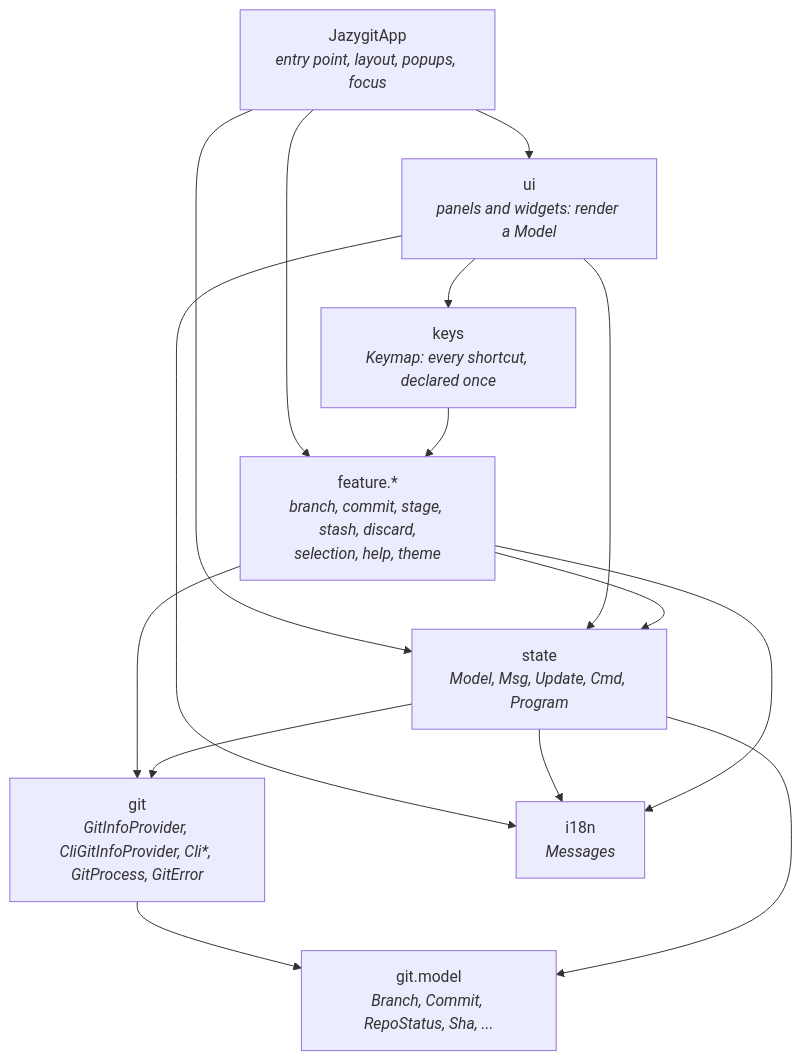
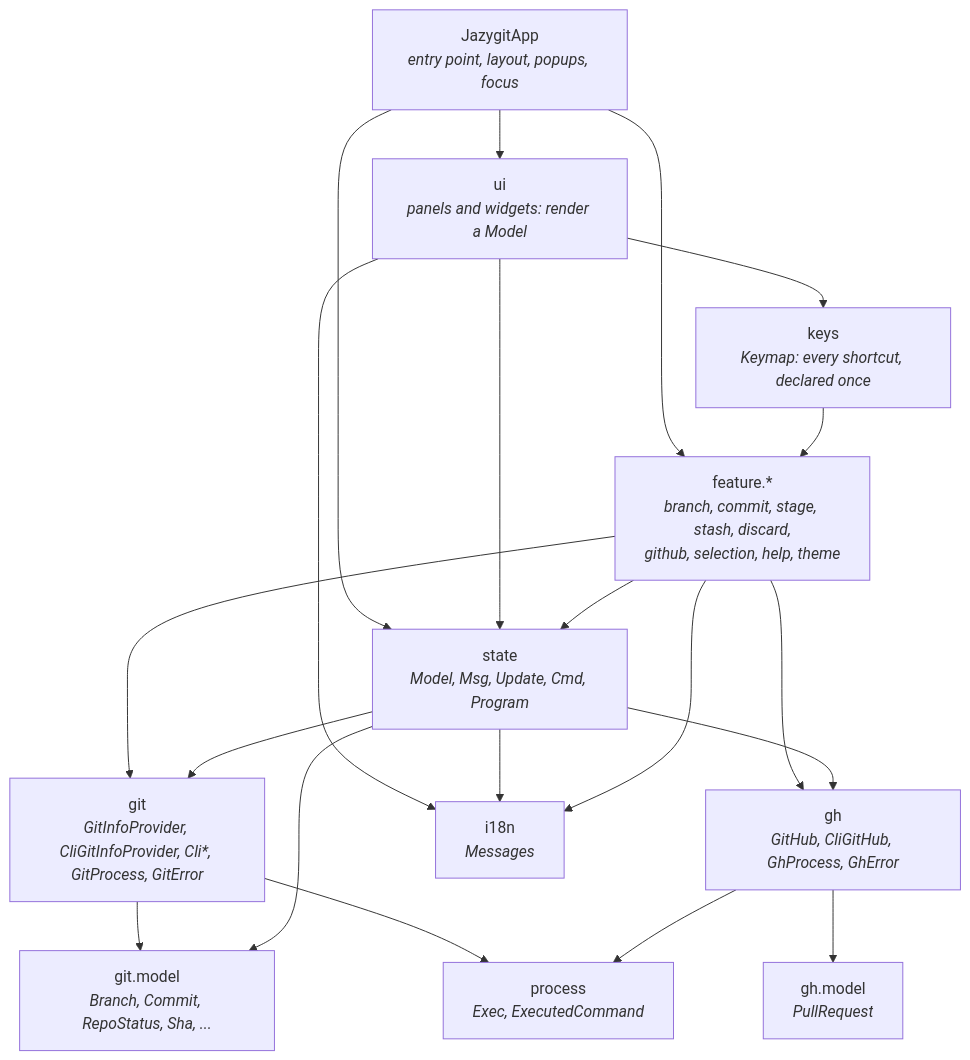
Before and after one commit to cvanfleteren/jazygit: the first of 7 diagrams in ARCHITECTURE.md, drawn with Mermaid. The commit also changed other lines of this file and 85 other files, not shown here.

````diff
--- a/ARCHITECTURE.md
+++ b/ARCHITECTURE.md
@@ -16,26 +17,34 @@
 ```mermaid
 graph TD
     App["JazygitApp<br/><i>entry point, layout, popups, focus</i>"]
     UI["ui<br/><i>panels and widgets: render a Model</i>"]
     Keys["keys<br/><i>Keymap: every shortcut, declared once</i>"]
-    Feature["feature.*<br/><i>branch, commit, stage, stash, discard,<br/>selection, help, theme</i>"]
+    Feature["feature.*<br/><i>branch, commit, stage, stash, discard,<br/>github, selection, help, theme</i>"]
     State["state<br/><i>Model, Msg, Update, Cmd, Program</i>"]
     Git["git<br/><i>GitInfoProvider, CliGitInfoProvider, Cli*, GitProcess, GitError</i>"]
     GitModel["git.model<br/><i>Branch, Commit, RepoStatus, Sha, ...</i>"]
+    Gh["gh<br/><i>GitHub, CliGitHub, GhProcess, GhError</i>"]
+    GhModel["gh.model<br/><i>PullRequest</i>"]
+    Process["process<br/><i>Exec, ExecutedCommand</i>"]
     I18n["i18n<br/><i>Messages</i>"]
 
     App --> UI
     App --> State
     App --> Feature
     UI --> Keys
     UI --> State
     Keys --> Feature
     Feature --> State
     Feature --> Git
     State --> Git
     Git --> GitModel
+    Feature --> Gh
+    State --> Gh
+    Gh --> GhModel
+    Git --> Process
+    Gh --> Process
     State --> GitModel
     UI --> I18n
     State --> I18n
     Feature --> I18n
 ```
````
